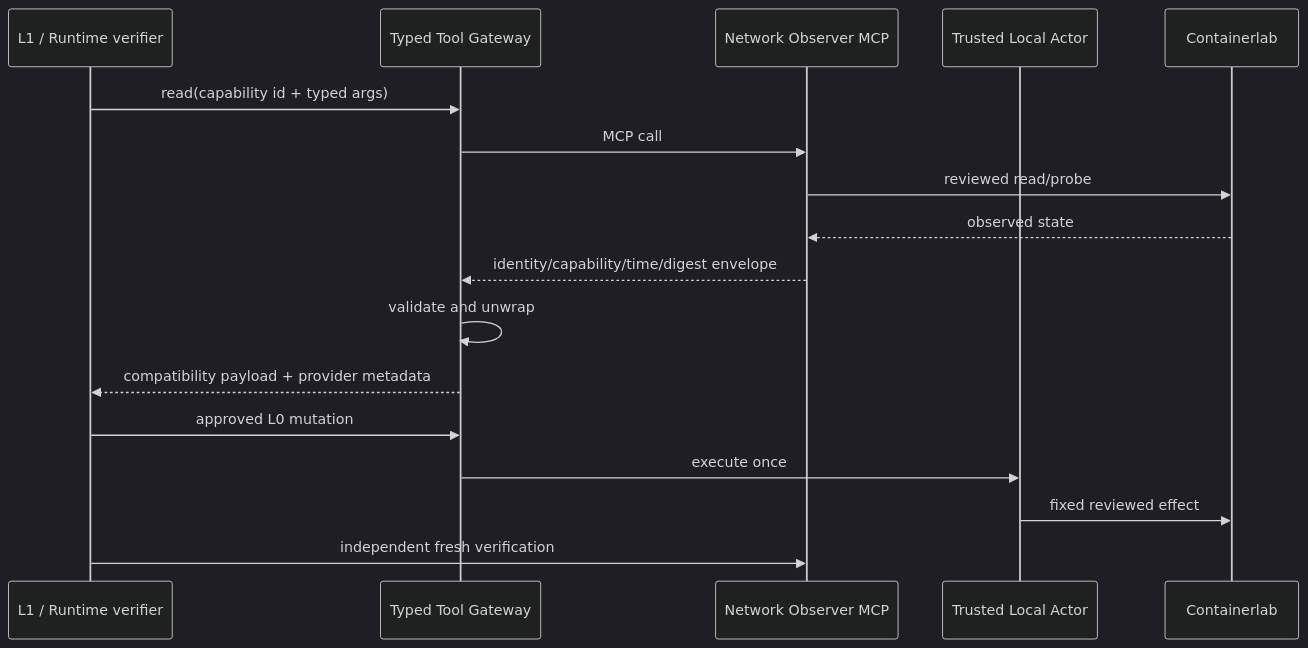
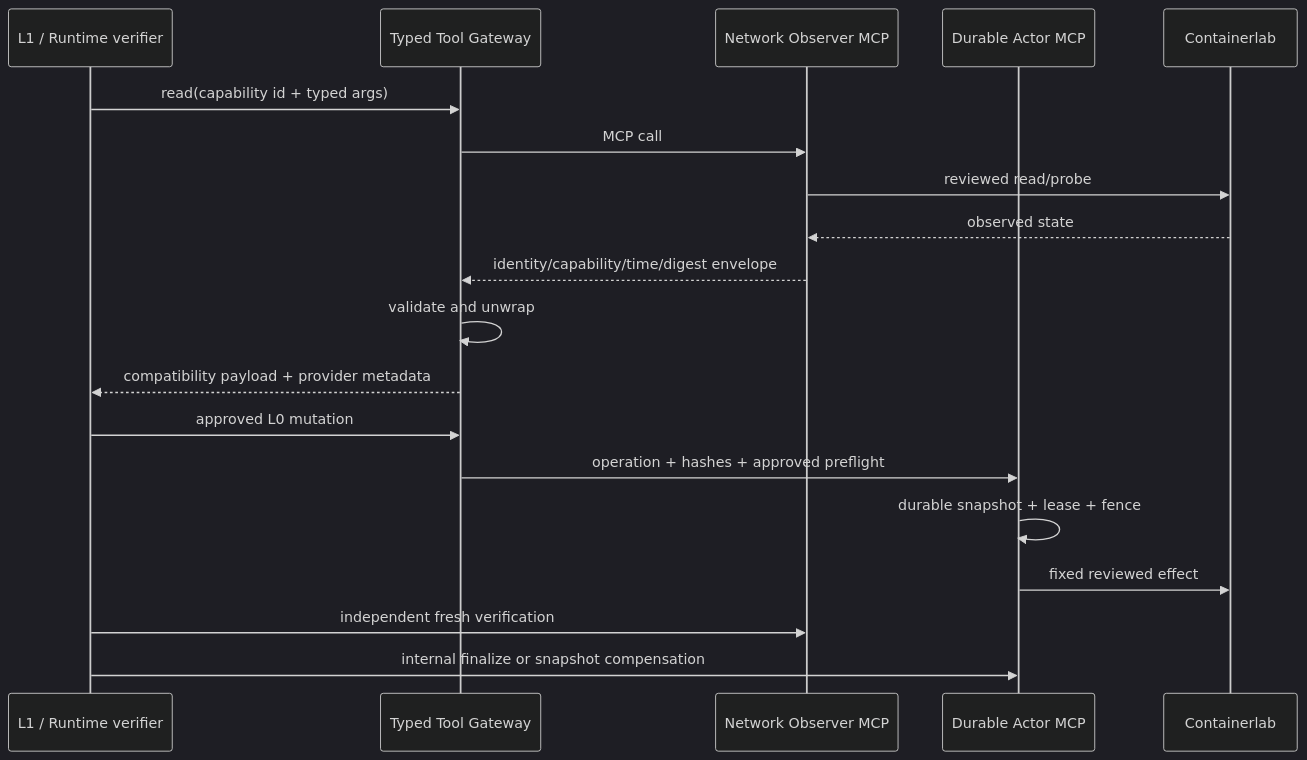
The fourth of 4 diagrams in HLD.md (kevinyjk25/NetOpYuAgent), drawn with Mermaid (dark theme) before and after one commit. The commit also changed other lines of this file and 35 other files, not shown here.

````diff
--- a/HLD.md
+++ b/HLD.md
@@ -255,19 +256,21 @@
 ```mermaid
 sequenceDiagram
     participant L as L1 / Runtime verifier
     participant G as Typed Tool Gateway
     participant O as Network Observer MCP
-    participant A as Trusted Local Actor
+    participant A as Durable Actor MCP
     participant C as Containerlab
     L->>G: read(capability id + typed args)
     G->>O: MCP call
     O->>C: reviewed read/probe
     C-->>O: observed state
     O-->>G: identity/capability/time/digest envelope
     G->>G: validate and unwrap
     G-->>L: compatibility payload + provider metadata
     L->>G: approved L0 mutation
-    G->>A: execute once
+    G->>A: operation + hashes + approved preflight
+    A->>A: durable snapshot + lease + fence
     A->>C: fixed reviewed effect
     L->>O: independent fresh verification
+    L->>A: internal finalize or snapshot compensation
 ```
````
